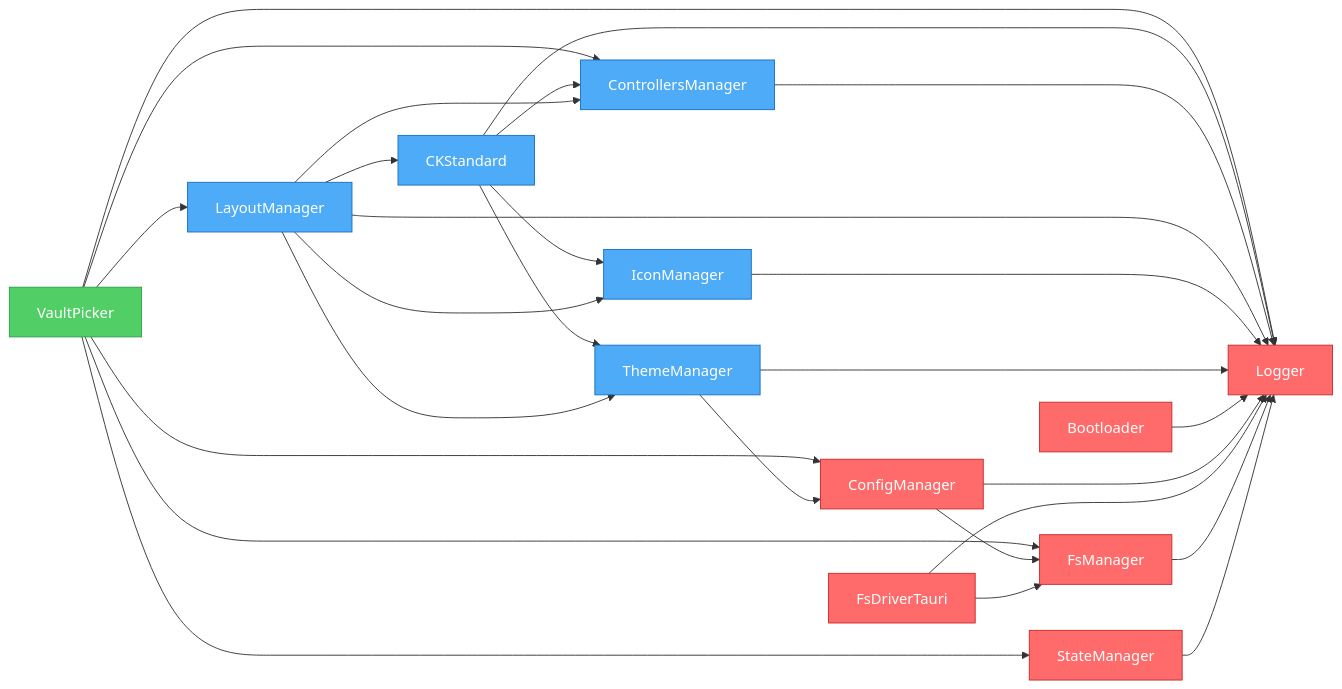
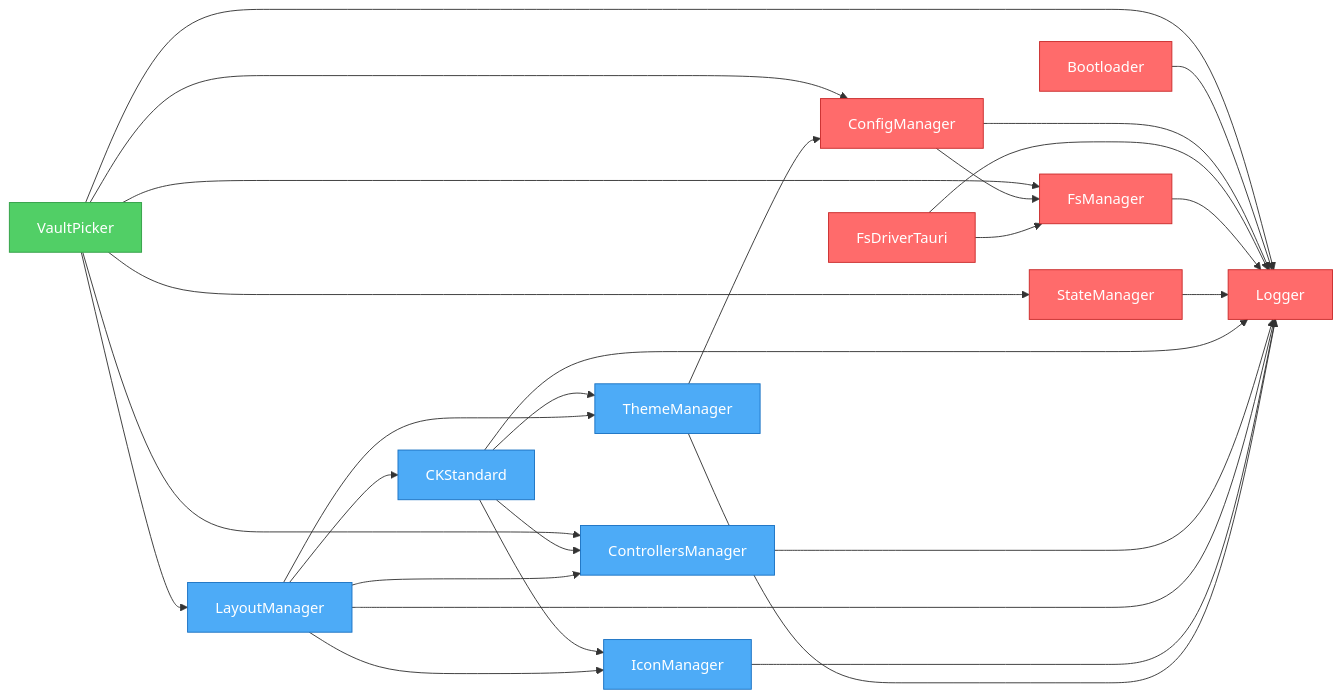
The diagram in artifacts/graph.mmd (khton-tech/notehub.md), drawn with Mermaid before and after one commit. The commit also changed 2 other files, not shown here.

Commit message:
feat: Add plugin registry data and introduce its Mermaid dependency graph visualization.

```diff
--- a/artifacts/graph.mmd
+++ b/artifacts/graph.mmd
@@ -1,47 +1,47 @@
 flowchart LR
     nh_features_vault-picker["VaultPicker"]
+    nh_system_bootloader["Bootloader"]
+    nh_system_config-manager["ConfigManager"]
+    nh_system_fs-driver-tauri["FsDriverTauri"]
+    nh_system_fs-manager["FsManager"]
+    nh_system_logger["Logger"]
+    nh_system_state-manager["StateManager"]
     nh_ui_ck-standard["CKStandard"]
     nh_ui_controllers-manager["ControllersManager"]
     nh_ui_layout-manager["LayoutManager"]
     nh_ui_icon-manager["IconManager"]
     nh_ui_theme-manager["ThemeManager"]
-    nh_system_bootloader["Bootloader"]
-    nh_system_config-manager["ConfigManager"]
-    nh_system_fs-driver-tauri["FsDriverTauri"]
-    nh_system_fs-manager["FsManager"]
-    nh_system_state-manager["StateManager"]
-    nh_system_logger["Logger"]
     nh_features_vault-picker --> nh_system_fs-manager
     nh_features_vault-picker --> nh_system_config-manager
     nh_features_vault-picker --> nh_system_state-manager
     nh_features_vault-picker --> nh_system_logger
     nh_features_vault-picker --> nh_ui_controllers-manager
     nh_features_vault-picker --> nh_ui_layout-manager
+    nh_system_bootloader --> nh_system_logger
+    nh_system_config-manager --> nh_system_logger
+    nh_system_config-manager --> nh_system_fs-manager
+    nh_system_fs-driver-tauri --> nh_system_logger
+    nh_system_fs-driver-tauri --> nh_system_fs-manager
+    nh_system_fs-manager --> nh_system_logger
+    nh_system_state-manager --> nh_system_logger
     nh_ui_ck-standard --> nh_system_logger
     nh_ui_ck-standard --> nh_ui_controllers-manager
     nh_ui_ck-standard --> nh_ui_icon-manager
     nh_ui_ck-standard --> nh_ui_theme-manager
     nh_ui_controllers-manager --> nh_system_logger
     nh_ui_layout-manager --> nh_system_logger
     nh_ui_layout-manager --> nh_ui_theme-manager
     nh_ui_layout-manager --> nh_ui_icon-manager
     nh_ui_layout-manager --> nh_ui_controllers-manager
     nh_ui_layout-manager --> nh_ui_ck-standard
     nh_ui_icon-manager --> nh_system_logger
     nh_ui_theme-manager --> nh_system_logger
     nh_ui_theme-manager --> nh_system_config-manager
-    nh_system_bootloader --> nh_system_logger
-    nh_system_config-manager --> nh_system_logger
-    nh_system_config-manager --> nh_system_fs-manager
-    nh_system_fs-driver-tauri --> nh_system_logger
-    nh_system_fs-driver-tauri --> nh_system_fs-manager
-    nh_system_fs-manager --> nh_system_logger
-    nh_system_state-manager --> nh_system_logger
 
     %% Styles
     classDef system fill:#ff6b6b,stroke:#c92a2a,color:#fff
     classDef ui fill:#4dabf7,stroke:#1971c2,color:#fff
     classDef feature fill:#51cf66,stroke:#2f9e44,color:#fff
     class nh_features_vault-picker feature
+    class nh_system_bootloader,nh_system_config-manager,nh_system_fs-driver-tauri,nh_system_fs-manager,nh_system_logger,nh_system_state-manager system
     class nh_ui_ck-standard,nh_ui_controllers-manager,nh_ui_layout-manager,nh_ui_icon-manager,nh_ui_theme-manager ui
-    class nh_system_bootloader,nh_system_config-manager,nh_system_fs-driver-tauri,nh_system_fs-manager,nh_system_state-manager,nh_system_logger system
```
